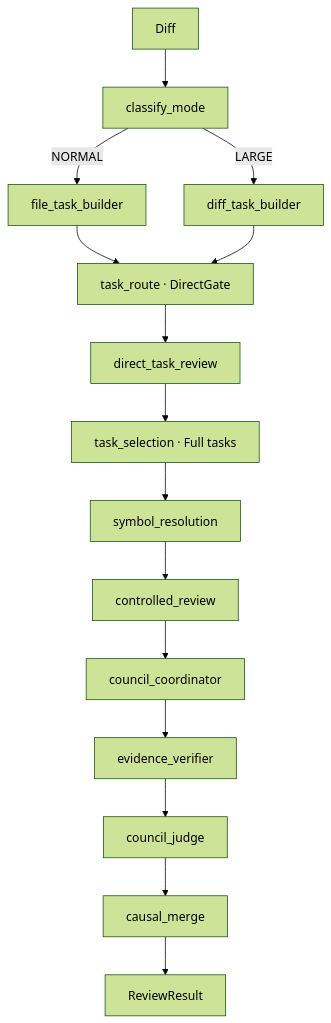
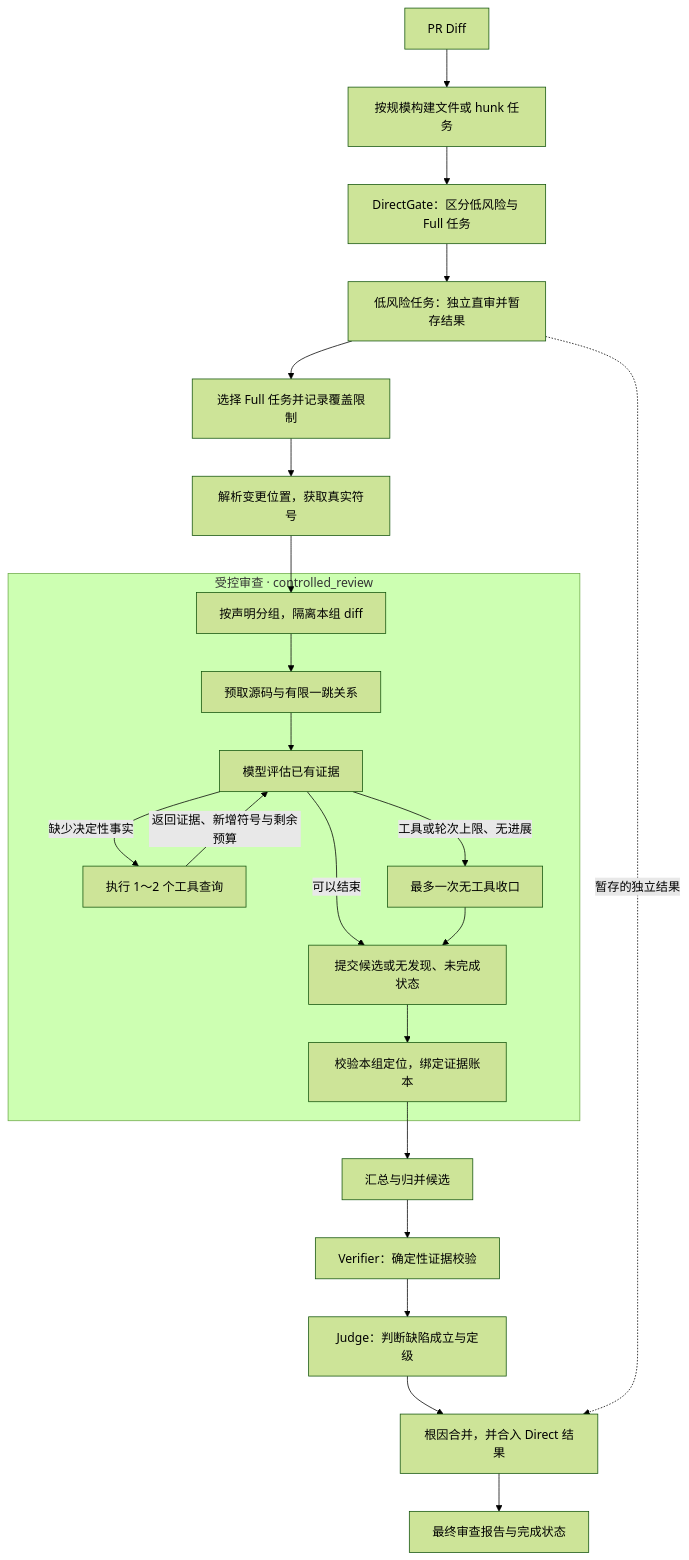
The second of 2 diagrams in README.md (baiyun689/Codeguard), drawn with Mermaid (forest theme) before and after one commit. The commit also changed other lines of this file, not shown here.

Commit message:
docs: 展开受控审查工作流结构图

````diff
--- a/README.md
+++ b/README.md
@@ -65,17 +65,27 @@
 ```mermaid
 flowchart TD
-    Diff[Diff] --> Classify[classify_mode]
-    Classify -->|NORMAL| File[file_task_builder]
-    Classify -->|LARGE| Hunk[diff_task_builder]
-    File --> Route[task_route · DirectGate]
-    Hunk --> Route
-    Route --> Direct[direct_task_review]
-    Direct --> Select[task_selection · Full tasks]
-    Select --> Symbols[symbol_resolution]
-    Symbols --> Review[controlled_review]
-    Review --> Coordinator[council_coordinator]
-    Coordinator --> Verify[evidence_verifier]
-    Verify --> Judge[council_judge]
-    Judge --> Merge[causal_merge]
-    Merge --> Result[ReviewResult]
+    Diff[PR Diff] --> Tasks[按规模构建文件或 hunk 任务]
+    Tasks --> Route[DirectGate：区分低风险与 Full 任务]
+    Route --> Direct[低风险任务：独立直审并暂存结果]
+    Direct --> Select[选择 Full 任务并记录覆盖限制]
+    Select --> Symbols[解析变更位置，获取真实符号]
+
+    subgraph Review[受控审查 · controlled_review]
+        Groups[按声明分组，隔离本组 diff] --> Context[预取源码与有限一跳关系]
+        Context --> Decide[模型评估已有证据]
+        Decide -->|缺少决定性事实| Tools[执行 1～2 个工具查询]
+        Tools -->|返回证据、新增符号与剩余预算| Decide
+        Decide -->|可以结束| Outcome[提交候选或无发现、未完成状态]
+        Decide -->|工具或轮次上限、无进展| Conclude[最多一次无工具收口]
+        Conclude --> Outcome
+        Outcome --> Bind[校验本组定位，绑定证据账本]
+    end
+
+    Symbols --> Groups
+    Bind --> Coordinator[汇总与归并候选]
+    Coordinator --> Verify[Verifier：确定性证据校验]
+    Verify --> Judge[Judge：判断缺陷成立与定级]
+    Judge --> Merge[根因合并，并合入 Direct 结果]
+    Direct -. 暂存的独立结果 .-> Merge
+    Merge --> Result[最终审查报告与完成状态]
 ```
````
